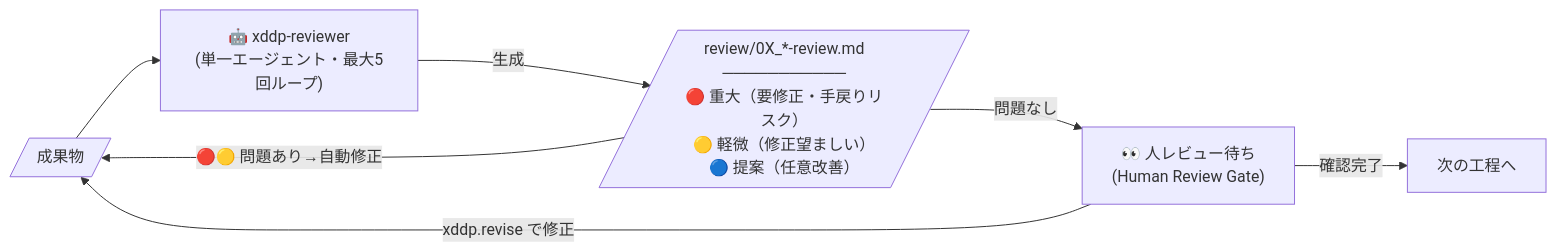
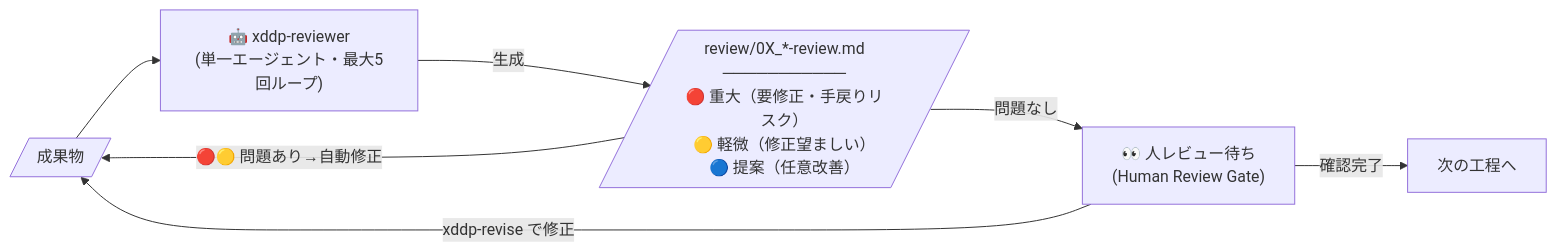
One commit to tsuna44/XddpSettings changed the first of 5 diagrams in docs/xddp-process-dfd.md. Above: the diagram before and after it, drawn with Mermaid. The commit also changed other lines of this file and 318 other files, not shown here.

````diff
--- a/docs/xddp-process-dfd.md
+++ b/docs/xddp-process-dfd.md
@@ -11,15 +11,15 @@
 ```mermaid
 flowchart LR
     ART[/"成果物"/]
     AIR["🤖 xddp-reviewer<br/>(単一エージェント・最大5回ループ)"]
     RVF[/"review/0X_*-review.md<br/>───────────<br/>🔴 重大（要修正・手戻りリスク）<br/>🟡 軽微（修正望ましい）<br/>🔵 提案（任意改善）"/]
     HG["👀 人レビュー待ち<br/>(Human Review Gate)"]
     NXT["次の工程へ"]
 
     ART --> AIR
     AIR -->|"生成"| RVF
     RVF -->|"🔴🟡 問題あり→自動修正"| ART
     RVF -->|"問題なし"| HG
-    HG -->|"xddp.revise で修正"| ART
+    HG -->|"xddp-revise で修正"| ART
     HG -->|"確認完了"| NXT
 ```
````
